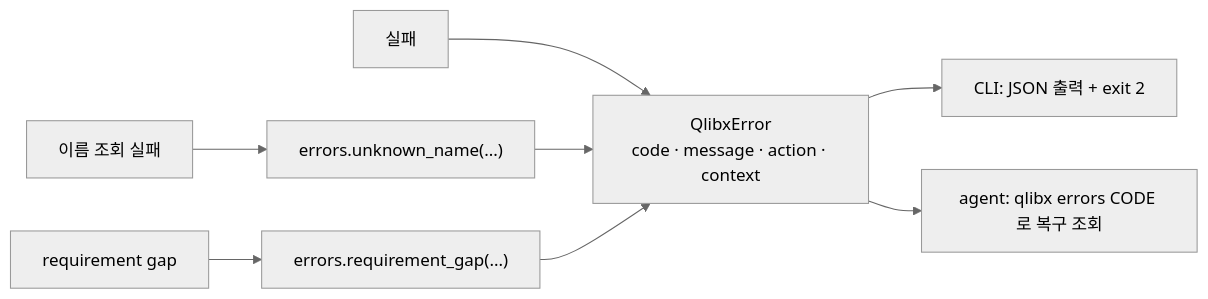
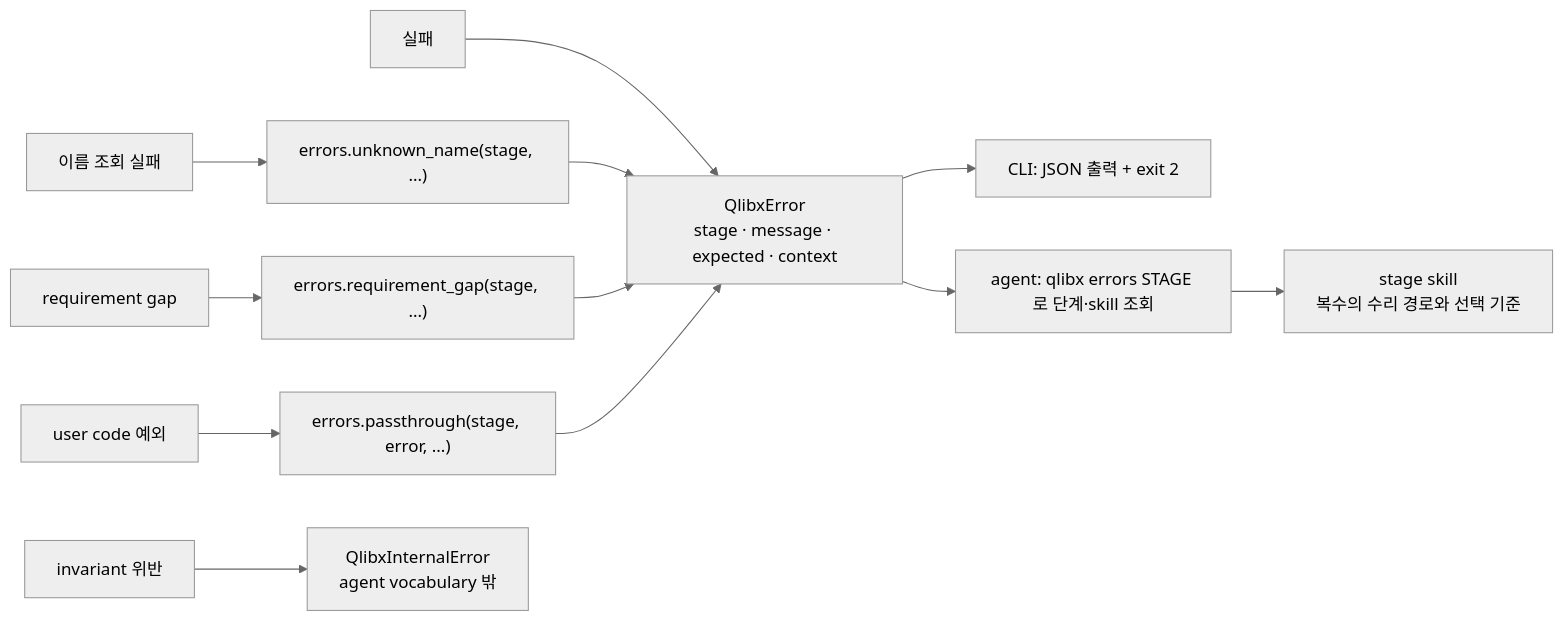
Before and after one commit to jaepil-choi/qlibx: diagram 13 of 15 in docs/qlibx-architecture.md, drawn with Mermaid (neutral theme). The commit also changed other lines of this file, not shown here.

First line of the commit message:
Bring the architecture doc back to as-is

````diff
--- a/docs/qlibx-architecture.md
+++ b/docs/qlibx-architecture.md
@@ -808,10 +855,14 @@
 ```mermaid
 flowchart LR
-    F["실패"] --> Q["QlibxError<br/>code · message · action · context"]
+    F["실패"] --> Q["QlibxError<br/>stage · message · expected · context"]
     Q --> CLI2["CLI: JSON 출력 + exit 2"]
-    Q --> AG2["agent: qlibx errors CODE 로 복구 조회"]
-    U["이름 조회 실패"] --> UN["errors.unknown_name(...)"]
+    Q --> AG2["agent: qlibx errors STAGE 로 단계·skill 조회"]
+    AG2 --> SK["stage skill<br/>복수의 수리 경로와 선택 기준"]
+    U["이름 조회 실패"] --> UN["errors.unknown_name(stage, ...)"]
     UN --> Q
-    G["requirement gap"] --> RG["errors.requirement_gap(...)"]
+    G["requirement gap"] --> RG["errors.requirement_gap(stage, ...)"]
     RG --> Q
+    UC["user code 예외"] --> PT["errors.passthrough(stage, error, ...)"]
+    PT --> Q
+    I["invariant 위반"] --> II["QlibxInternalError<br/>agent vocabulary 밖"]
 ```
````
